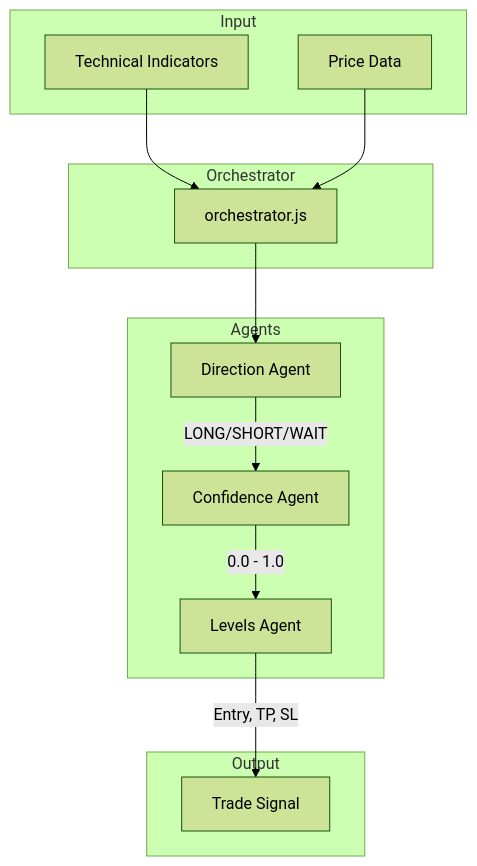
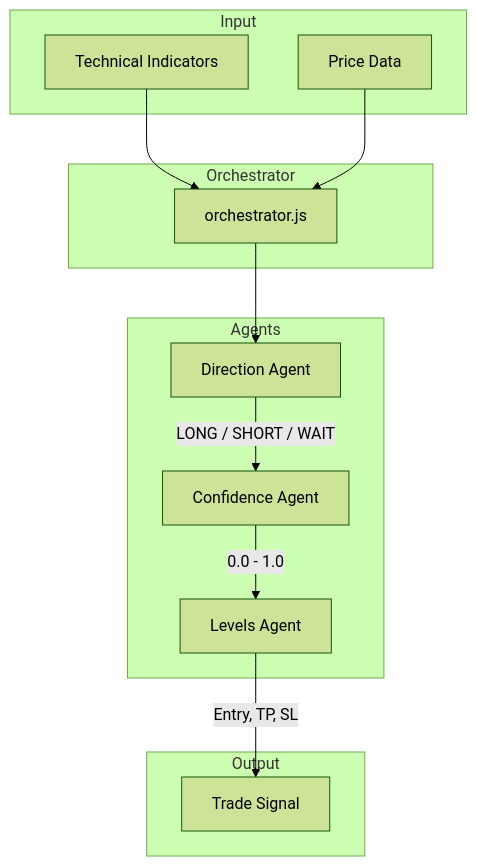
The diagram in docs/features/ai-agents.md (grodcas/tradebot), drawn with Mermaid (forest theme) before and after one commit. The commit also changed 3 other files, not shown here.

First line of the commit message:
Fix Mermaid syntax errors for v11.12.2 compatibility

````diff
--- a/docs/features/ai-agents.md
+++ b/docs/features/ai-agents.md
@@ -9,28 +9,28 @@
 ```mermaid
 flowchart TB
     subgraph Input
         IND[Technical Indicators]
         PRICE[Price Data]
     end
 
     subgraph Orchestrator
         ORCH[orchestrator.js]
     end
 
     subgraph Agents
         DIR[Direction Agent]
         CONF[Confidence Agent]
         LEV[Levels Agent]
     end
 
     subgraph Output
         SIGNAL[Trade Signal]
     end
 
     IND --> ORCH
     PRICE --> ORCH
     ORCH --> DIR
-    DIR -->|LONG/SHORT/WAIT| CONF
-    CONF -->|0.0 - 1.0| LEV
-    LEV -->|Entry, TP, SL| SIGNAL
+    DIR -->|"LONG / SHORT / WAIT"| CONF
+    CONF -->|"0.0 - 1.0"| LEV
+    LEV -->|"Entry, TP, SL"| SIGNAL
 ```
````
